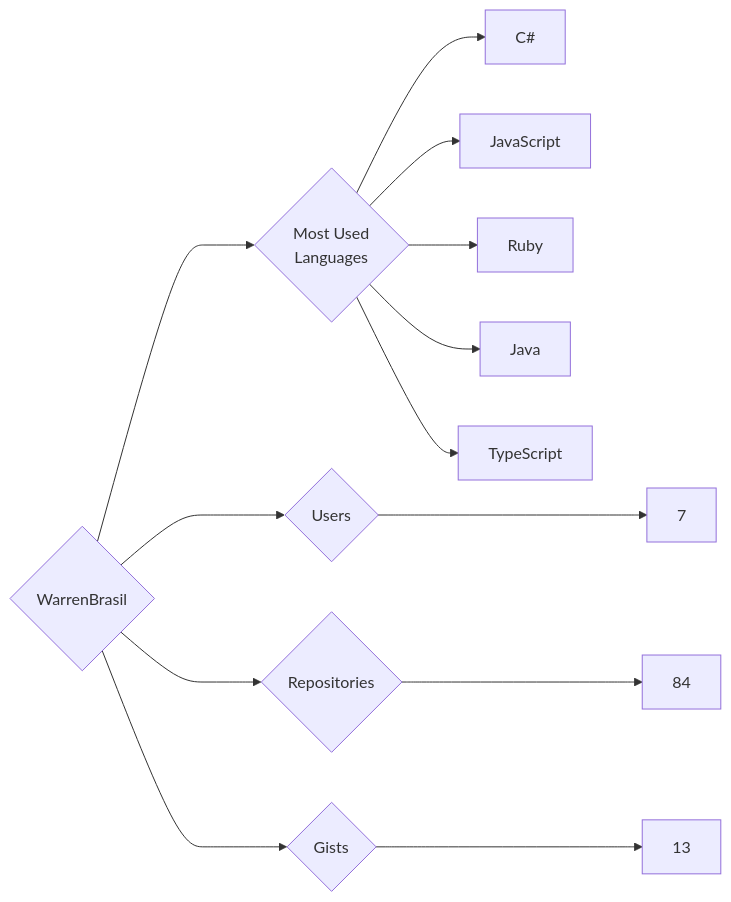
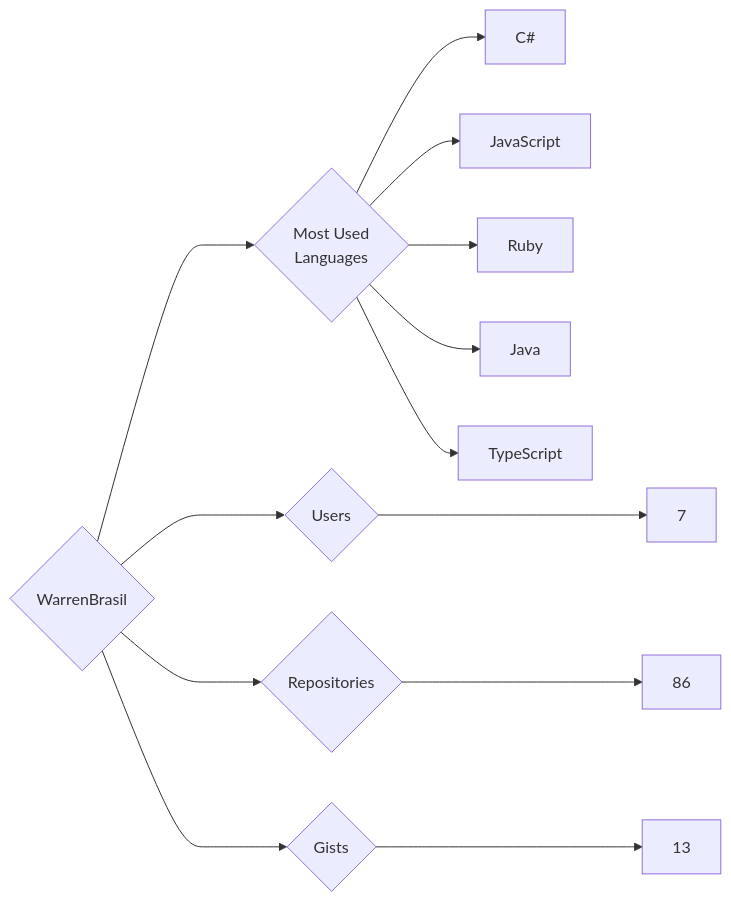
The diagram in targets/WarrenBrasil/README.md (trickest/insiders), drawn with Mermaid before and after one commit. The commit also changed 835 other files, not shown here.

````diff
--- a/targets/WarrenBrasil/README.md
+++ b/targets/WarrenBrasil/README.md
@@ -3,13 +3,13 @@
 ```mermaid
 graph LR
 COMPANY_NAME{WarrenBrasil}
 COMPANY_NAME ---> U{Users} ---> UN[7]
-COMPANY_NAME ---> R{Repositories} ---> RN[84]
+COMPANY_NAME ---> R{Repositories} ---> RN[86]
 COMPANY_NAME ---> G{Gists} ---> GN[13]
 COMPANY_NAME ---> ML{Most Used<br>Languages}
 ML --> C#[C#]
 ML --> JavaScript[JavaScript]
 ML --> Ruby[Ruby]
 ML --> Java[Java]
 ML --> TypeScript[TypeScript]
 ```
````
